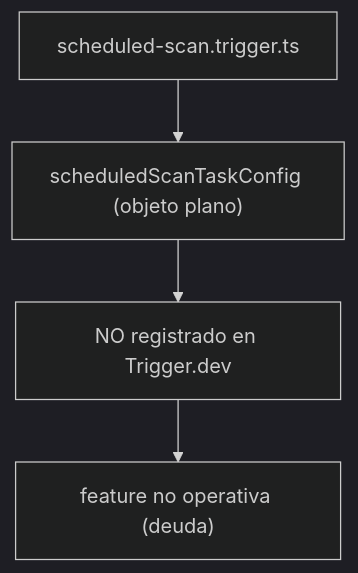
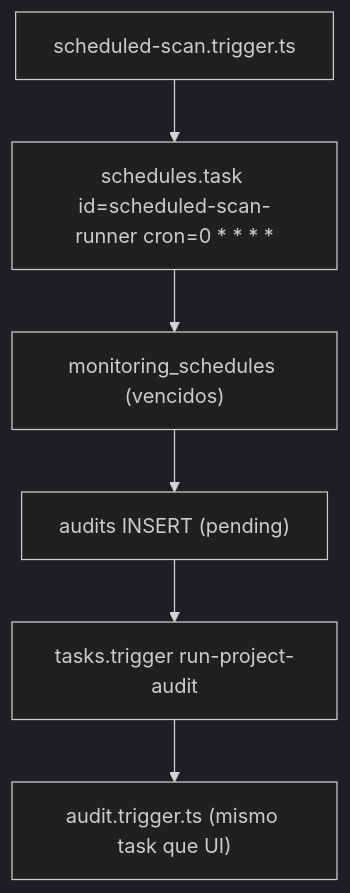
The second of 3 diagrams in docs/jobs/JOB-CONTRACT-scheduled-scan.md (StrategicConnex/StrategicConnexAudit), drawn with Mermaid (dark theme) before and after one commit. The commit also changed other lines of this file and 6 other files, not shown here.

First line of the commit message:
feat(production): scheduled-scan real, crons de Vercel y preparación de go-live

````diff
--- a/docs/jobs/JOB-CONTRACT-scheduled-scan.md
+++ b/docs/jobs/JOB-CONTRACT-scheduled-scan.md
@@ -133,6 +151,8 @@
 ```mermaid
 flowchart TB
-    SRC["scheduled-scan.trigger.ts"] --> OBJ["scheduledScanTaskConfig (objeto plano)"]
-    OBJ --> X["NO registrado en Trigger.dev"]
-    X --> GAP["feature no operativa (deuda)"]
+    SRC["scheduled-scan.trigger.ts"] --> TASK["schedules.task id=scheduled-scan-runner cron=0 * * * *"]
+    TASK --> Q["monitoring_schedules (vencidos)"]
+    Q --> INS["audits INSERT (pending)"]
+    INS --> ENC["tasks.trigger run-project-audit"]
+    ENC --> AUD["audit.trigger.ts (mismo task que UI)"]
 ```
````
